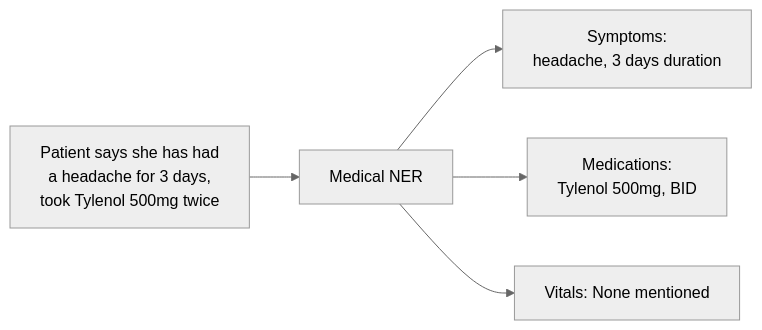
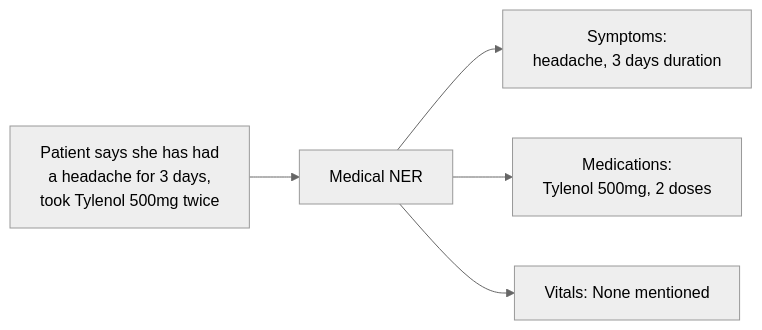
The second of 2 diagrams in 16-case-studies/13-voice-ai-healthcare.md (ChiHoc/ai-system-design-guide-zh), drawn with Mermaid (neutral theme) before and after one commit. The commit also changed other lines of this file and 149 other files, not shown here.

````diff
--- a/16-case-studies/13-voice-ai-healthcare.md
+++ b/16-case-studies/13-voice-ai-healthcare.md
@@ -86,10 +100,10 @@
 ```mermaid
 flowchart LR
     TRANSCRIPT["Patient says she has had<br/>a headache for 3 days,<br/>took Tylenol 500mg twice"]
     
     TRANSCRIPT --> NER[Medical NER]
     
     NER --> SYMPTOMS[Symptoms:<br/>headache, 3 days duration]
-    NER --> MEDS[Medications:<br/>Tylenol 500mg, BID]
+    NER --> MEDS[Medications:<br/>Tylenol 500mg, 2 doses]
     NER --> VITALS[Vitals: None mentioned]
 ```
````
